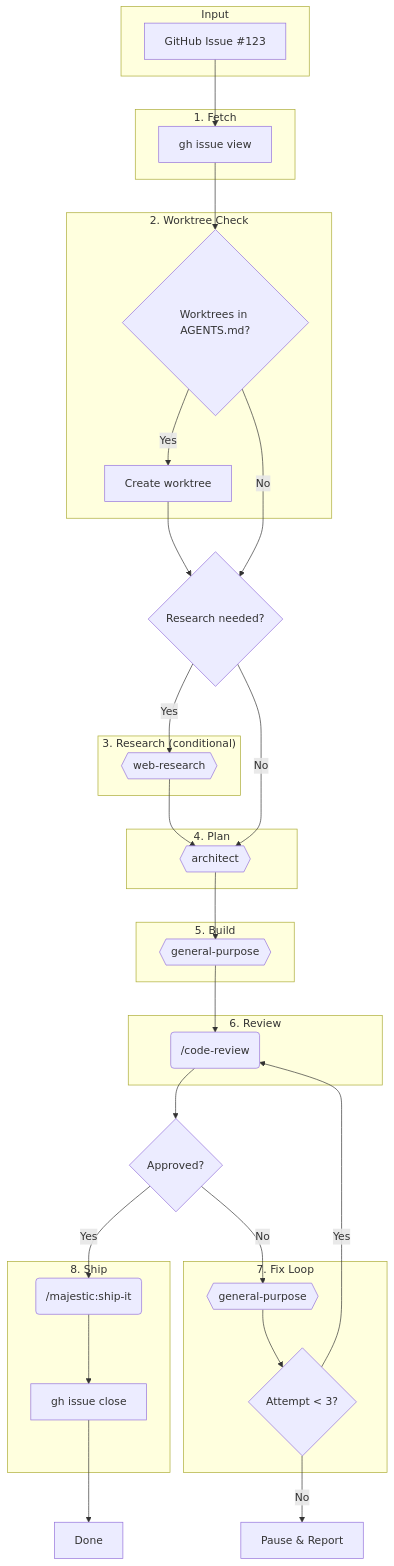
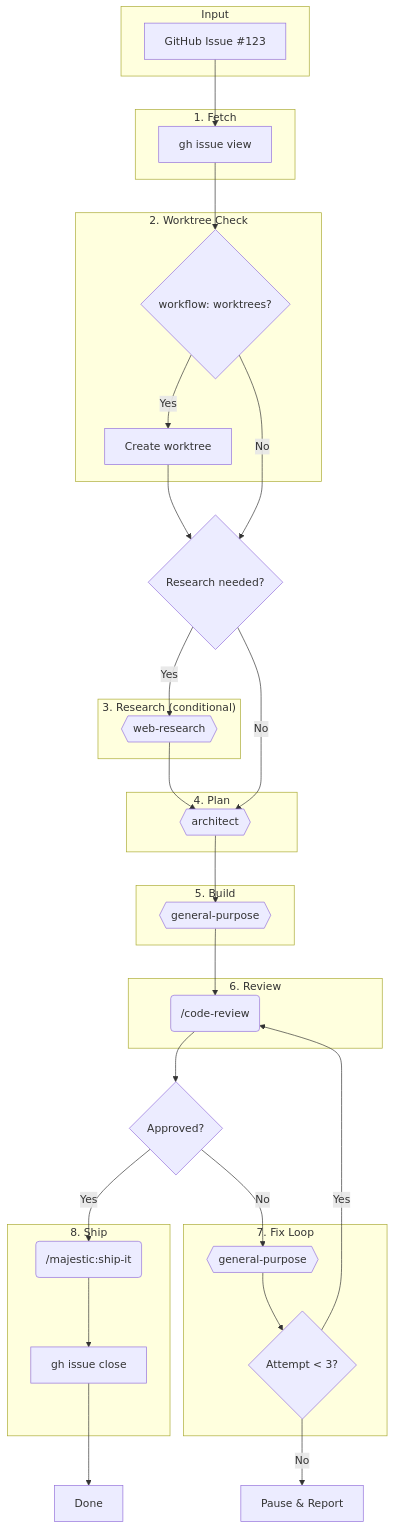
Before and after one commit to majesticlabs-dev/majestic-marketplace: the diagram in plugins/majestic-engineer/commands/workflows/build-task.md, drawn with Mermaid. The commit also changed other lines of this file and 19 other files, not shown here.

````diff
--- a/plugins/majestic-engineer/commands/workflows/build-task.md
+++ b/plugins/majestic-engineer/commands/workflows/build-task.md
@@ -23,58 +23,58 @@
 ```mermaid
 flowchart TD
     subgraph Input
         A[GitHub Issue #123]
     end
 
     subgraph "1. Fetch"
         B[gh issue view]
     end
 
     subgraph "2. Worktree Check"
-        W{Worktrees in AGENTS.md?}
+        W{workflow: worktrees?}
         WT[Create worktree]
     end
 
     subgraph "3. Research (conditional)"
         C{{web-research}}
     end
 
     subgraph "4. Plan"
         D{{architect}}
     end
 
     subgraph "5. Build"
         E{{general-purpose}}
     end
 
     subgraph "6. Review"
         F(/code-review)
     end
 
     subgraph "7. Fix Loop"
         G{{general-purpose}}
         H{Attempt < 3?}
     end
 
     subgraph "8. Ship"
         I(/majestic:ship-it)
         J[gh issue close]
     end
 
     A --> B
     B --> W
     W -->|Yes| WT --> K{Research needed?}
     W -->|No| K
     K -->|Yes| C --> D
     K -->|No| D
     D --> E
     E --> F
     F --> L{Approved?}
     L -->|Yes| I
     L -->|No| G
     G --> H
     H -->|Yes| F
     H -->|No| M[Pause & Report]
     I --> J
     J --> N[Done]
 ```
````
